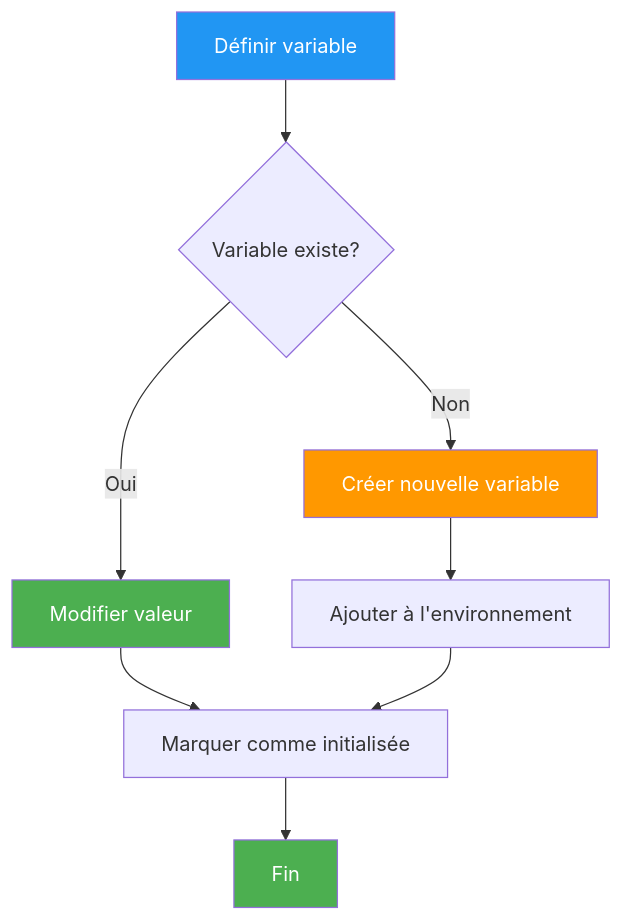
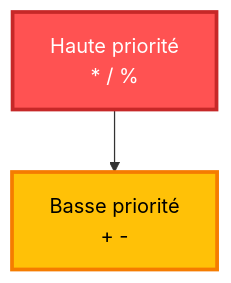
The third of 6 diagrams in ARCHITECTURE.md (Yahia995/galant-compiler), drawn with Mermaid before and after one commit. The commit also changed other lines of this file, not shown here.

````diff
--- a/ARCHITECTURE.md
+++ b/ARCHITECTURE.md
@@ -566,16 +402,7 @@
 ```mermaid
 graph TD
-    A[Définir variable] --> B{Variable existe?}
-    B -->|Oui| C[Modifier valeur]
-    B -->|Non| D[Créer nouvelle variable]
+    A["Haute priorité<br/>* / %"] --> B["Basse priorité<br/>+ -"]
     
-    C --> E[Marquer comme initialisée]
-    D --> F[Ajouter à l'environnement]
-    F --> E
-    E --> G[Fin]
-    
-    style A fill:#2196f3,color:#fff
-    style C fill:#4caf50,color:#fff
-    style D fill:#ff9800,color:#fff
-    style G fill:#4caf50,color:#fff
+    style A fill:#ff5252,stroke:#c62828,stroke-width:3px,color:#ffffff
+    style B fill:#ffc107,stroke:#f57c00,stroke-width:3px,color:#000000
 ```
````
